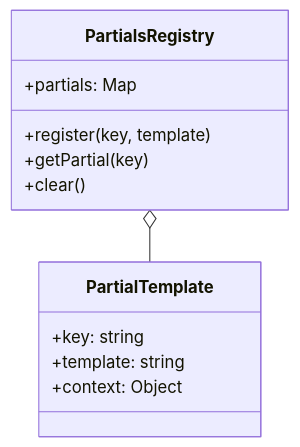
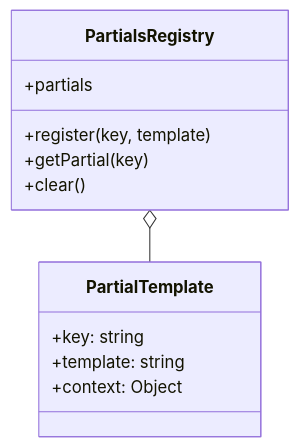
One commit to daredoes/linked-lovelace-ui changed the tenth of 22 diagrams in docs_site/api-evolution.md. Above: the diagram before and after it, drawn with Mermaid. The commit also changed other lines of this file and 1 other file, not shown here.

First line of the commit message:
Fix all Mermaid diagram syntax errors for v11.12.3 compatibility

````diff
--- a/docs_site/api-evolution.md
+++ b/docs_site/api-evolution.md
@@ -238,17 +228,17 @@
 ```mermaid
 classDiagram
     class PartialsRegistry {
-        +partials: Map
+        +partials
         +register(key, template)
         +getPartial(key)
         +clear()
     }
     
     class PartialTemplate {
         +key: string
         +template: string
         +context: Object
     }
     
     PartialsRegistry o-- PartialTemplate
 ```
````
